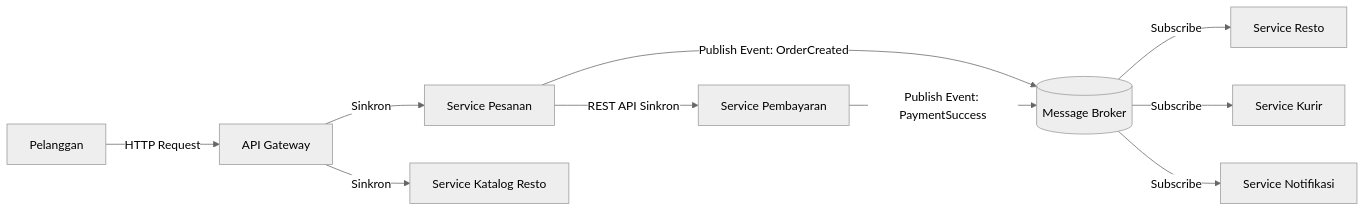
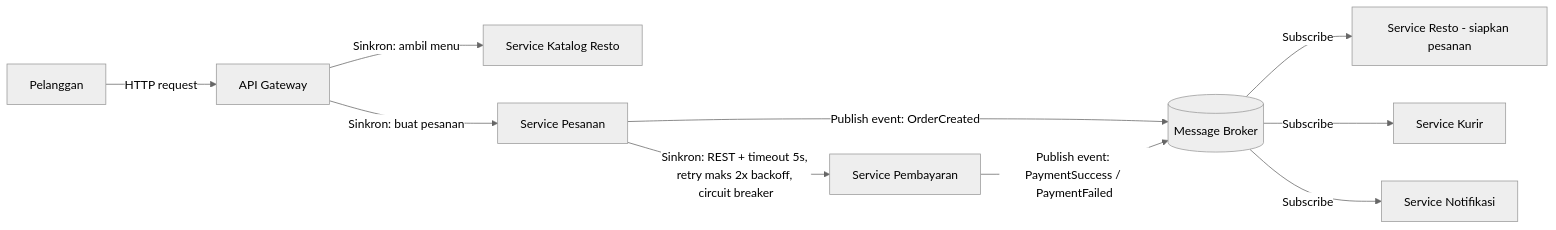
Before and after one commit to widyaauliyya321/komputasi-awan-dan-terdistribusi: the diagram in tugas-02-perancangan-arsitektur/JAWABAN.md, drawn with Mermaid (neutral theme). The commit also changed other lines of this file, not shown here.

````diff
--- a/tugas-02-perancangan-arsitektur/JAWABAN.md
+++ b/tugas-02-perancangan-arsitektur/JAWABAN.md
@@ -50,17 +50,17 @@
 ```mermaid
 graph LR
 
-  Client[Pelanggan] -->|HTTP Request| Gateway[API Gateway]
+  Client[Pelanggan] -->|HTTP request| Gateway[API Gateway]
 
-  Gateway -->|Sinkron| OrderSvc[Service Pesanan]
-  Gateway -->|Sinkron| RestoSvc[Service Katalog Resto]
+  Gateway -->|Sinkron: ambil menu| RestoSvc[Service Katalog Resto]
+  Gateway -->|Sinkron: buat pesanan| OrderSvc[Service Pesanan]
 
-  OrderSvc -->|REST API Sinkron| PaymentSvc[Service Pembayaran]
+  OrderSvc -->|"Sinkron: REST + timeout 5s, retry maks 2x backoff, circuit breaker"| PaymentSvc[Service Pembayaran]
 
-  OrderSvc -->|Publish Event: OrderCreated| Broker[(Message Broker)]
-  PaymentSvc -->|Publish Event: PaymentSuccess| Broker
+  OrderSvc -->|Publish event: OrderCreated| Broker[(Message Broker)]
+  PaymentSvc -->|Publish event: PaymentSuccess / PaymentFailed| Broker
 
-  Broker -->|Subscribe| Resto[Service Resto]
+  Broker -->|Subscribe| RestoEvt[Service Resto - siapkan pesanan]
   Broker -->|Subscribe| Kurir[Service Kurir]
   Broker -->|Subscribe| Notif[Service Notifikasi]
 ```
````
